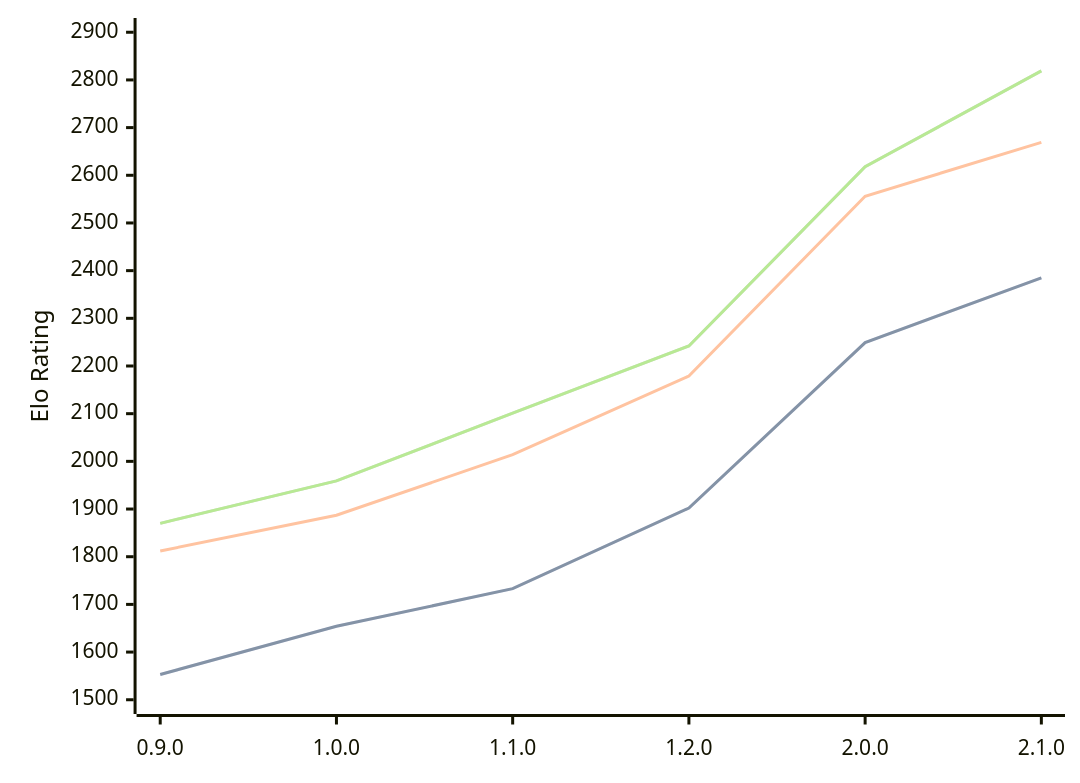
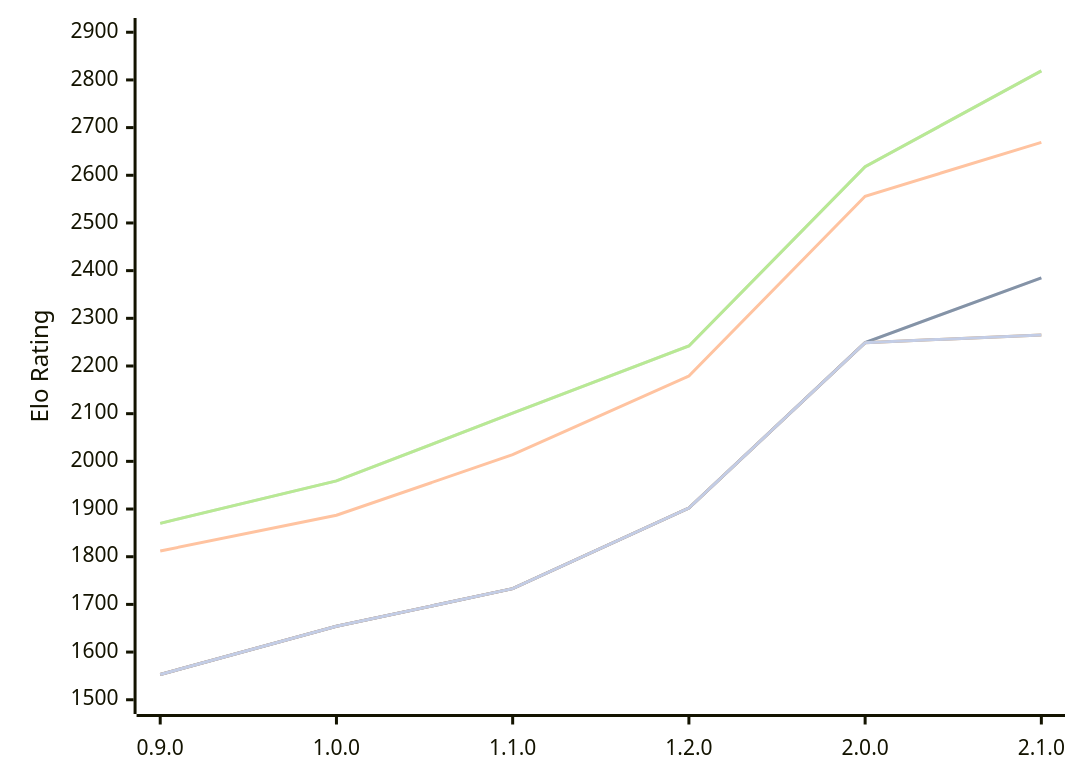
The diagram in engines/Ratsu.md (computer-chess-index/cci), drawn with Mermaid before and after one commit. The commit also changed other lines of this file, not shown here.

Commit message:
Update CCI Ratings (ELO VLTC) - 2026-10-11

````diff
--- a/engines/Ratsu.md
+++ b/engines/Ratsu.md
@@ -52,16 +52,13 @@
 ```mermaid
 %%{init: {"theme":"base","themeVariables":{"seriesColors:['#a3a3a3','#222221','#faa371']}}}%%
 xychart-beta
   x-axis ["0.9.0", "1.0.0", "1.1.0", "1.2.0", "2.0.0", "2.1.0"]
   y-axis "Elo Rating" 1500 --> 2900
   line "" [1553, 1654, 1733, 1902, 2249, 2385]
   line "T1: STC (8.0+0.08s)" [1553, 1654, 1733, 1902, 2249, 2385]
   line "T1: LTC (60.0+0.60s)" [1812, 1887, 2014, 2179, 2556, 2669]
   line "" [1870, 1959, 2101, 2242, 2618, 2819]
   line "T1: VLTC (2m24s+1.12s)" [1870, 1959, 2101, 2242, 2618, 2819]
-  line "" [2259]
-  line "E1: STC (8.0+0.08s)" [2259]
-  line "E1: LTC (60.0+0.60s)" [2620]
-  line "" [2664]
-  line "E1: VLTC (2m24s+1.12s)" [2664]
+  line "" [1553, 1654, 1733, 1902, 2249,2265]
+  line "E1: STC (8.0+0.08s)" [1553, 1654, 1733, 1902, 2249,2265]
 ```
````
